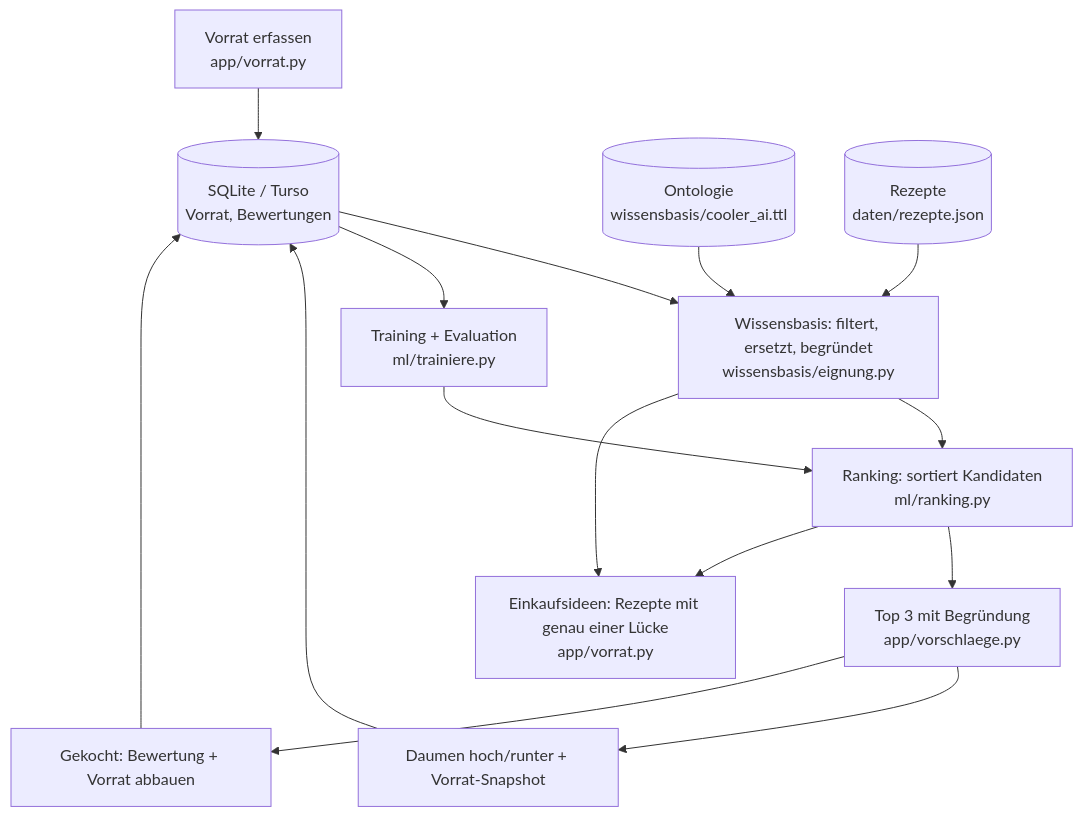
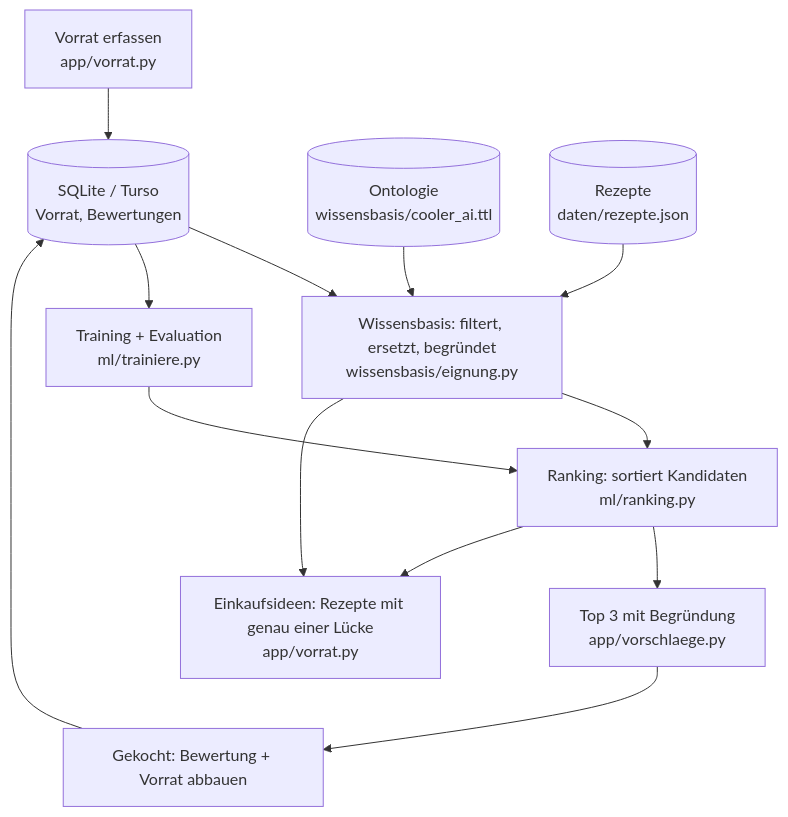
Before and after one commit to FHNWjanwolf/Cooler-AI: the diagram in docs/architektur.md, drawn with Mermaid. The commit also changed other lines of this file and 13 other files, not shown here.

````diff
--- a/docs/architektur.md
+++ b/docs/architektur.md
@@ -3,17 +3,15 @@
 ```mermaid
 flowchart TD
     A[Vorrat erfassen<br>app/vorrat.py] --> B[(SQLite / Turso<br>Vorrat, Bewertungen)]
     O[(Ontologie<br>wissensbasis/cooler_ai.ttl)] --> C
     R[(Rezepte<br>daten/rezepte.json)] --> C
     B --> C[Wissensbasis: filtert, ersetzt, begründet<br>wissensbasis/eignung.py]
     C --> D[Ranking: sortiert Kandidaten<br>ml/ranking.py]
     D --> E[Top 3 mit Begründung<br>app/vorschlaege.py]
-    E --> F[Daumen hoch/runter + Vorrat-Snapshot]
     E --> K[Gekocht: Bewertung + Vorrat abbauen]
-    F --> B
     K --> B
     C --> H[Einkaufsideen: Rezepte mit genau einer Lücke<br>app/vorrat.py]
     D --> H
     B --> G[Training + Evaluation<br>ml/trainiere.py]
     G --> D
 ```
````
